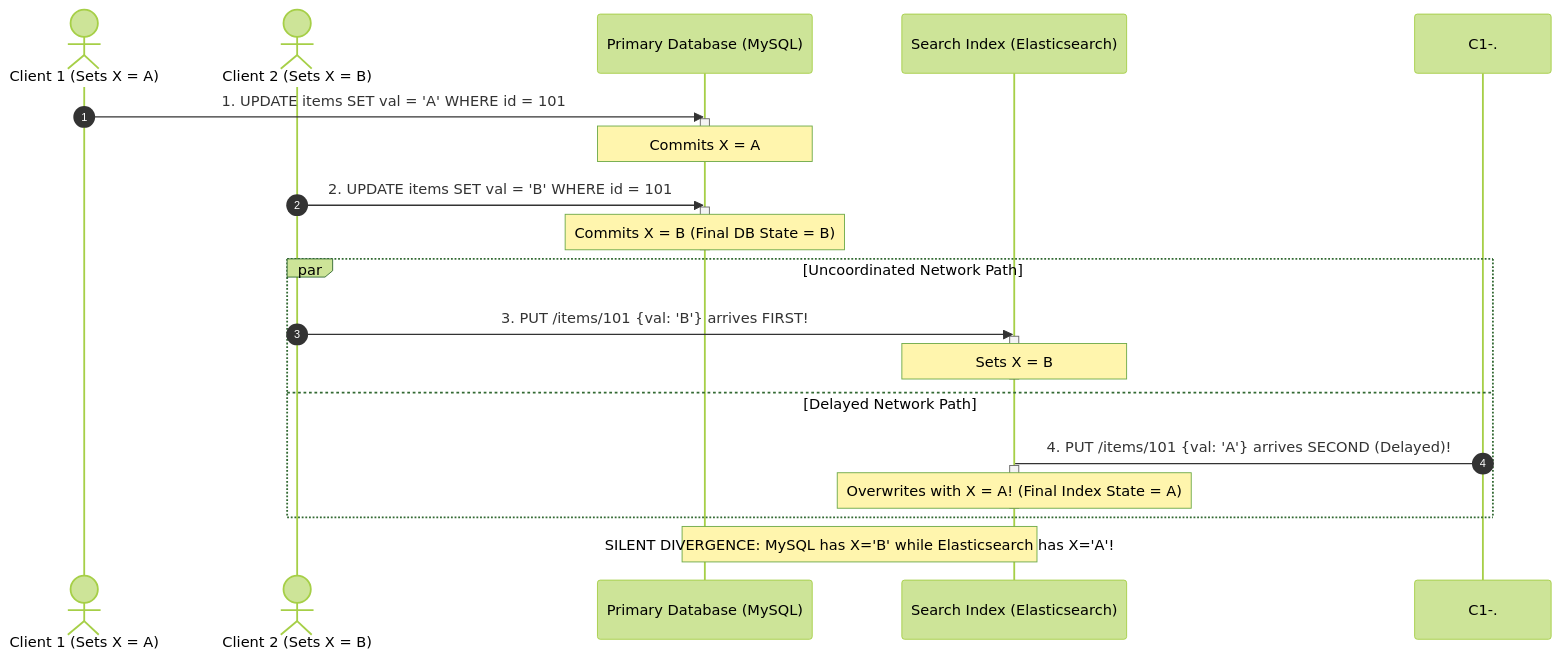
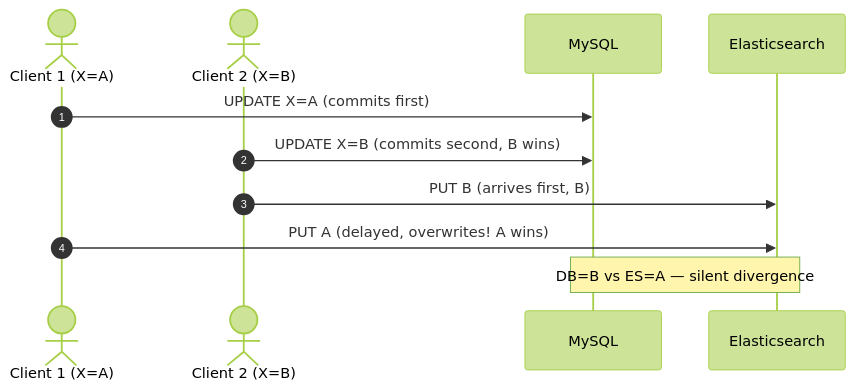
Before and after one commit to 1mimhe/books-summery: the fourth of 8 diagrams in 01 Designing Data-Intensive Applications/chapter-12-stream-processing.md, drawn with Mermaid (forest theme). The commit also changed other lines of this file and 3 other files, not shown here.

````diff
--- a/01 Designing Data-Intensive Applications/chapter-12-stream-processing.md
+++ b/01 Designing Data-Intensive Applications/chapter-12-stream-processing.md
@@ -222,32 +231,13 @@
 ```mermaid
 sequenceDiagram
   autonumber
-  actor C1 as Client 1 (Sets X = A)
-  actor C2 as Client 2 (Sets X = B)
-  participant DB as Primary Database (MySQL)
-  participant Search as Search Index (Elasticsearch)
-
-  C1->>DB: 1. UPDATE items SET val = 'A' WHERE id = 101
-  activate DB
-  Note over DB: Commits X = A
-  deactivate DB
-
-  C2->>DB: 2. UPDATE items SET val = 'B' WHERE id = 101
-  activate DB
-  Note over DB: Commits X = B (Final DB State = B)
-  deactivate DB
-
-  par Uncoordinated Network Path
-    C2->>Search: 3. PUT /items/101 {val: 'B'} arrives FIRST!
-    activate Search
-    Note over Search: Sets X = B
-    deactivate Search
-  and Delayed Network Path
-    C1-.->Search: 4. PUT /items/101 {val: 'A'} arrives SECOND (Delayed)!
-    activate Search
-    Note over Search: Overwrites with X = A! (Final Index State = A)
-    deactivate Search
-  end
-
-  Note over DB,Search: SILENT DIVERGENCE: MySQL has X='B' while Elasticsearch has X='A'!
+  actor C1 as Client 1 (X=A)
+  actor C2 as Client 2 (X=B)
+  participant DB as MySQL
+  participant ES as Elasticsearch
+  C1->>DB: UPDATE X=A (commits first)
+  C2->>DB: UPDATE X=B (commits second, B wins)
+  C2->>ES: PUT B (arrives first, B)
+  C1->>ES: PUT A (delayed, overwrites! A wins)
+  Note over DB,ES: DB=B vs ES=A — silent divergence
 ```
````
